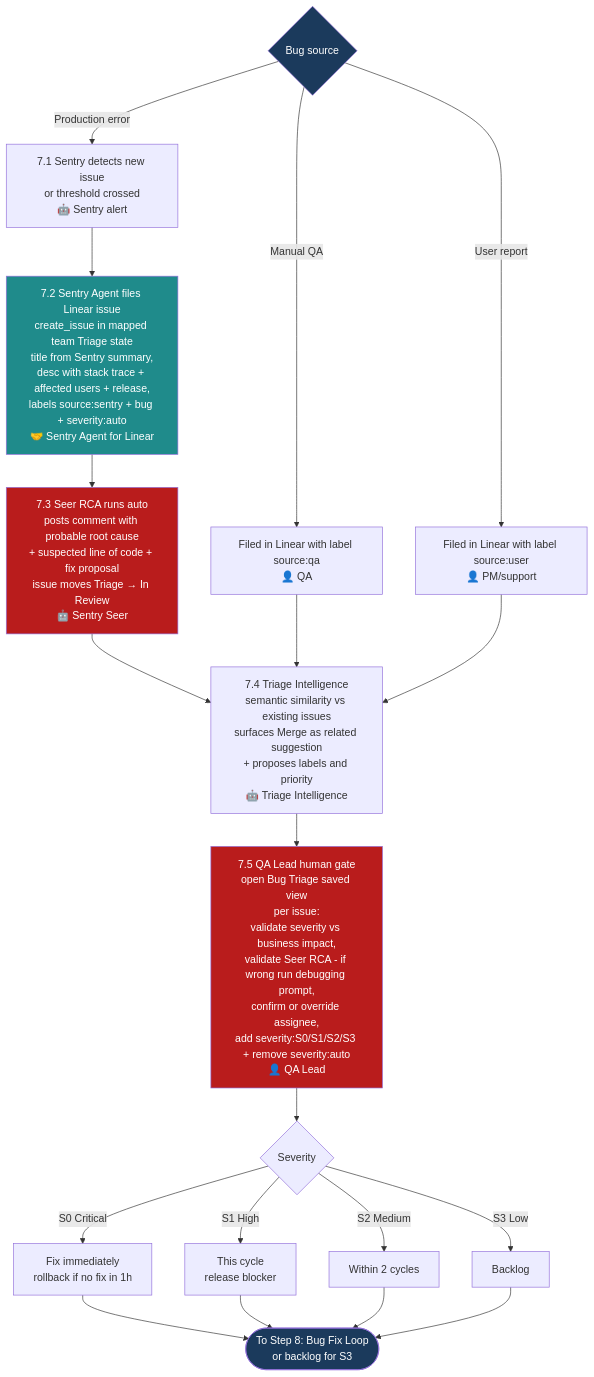
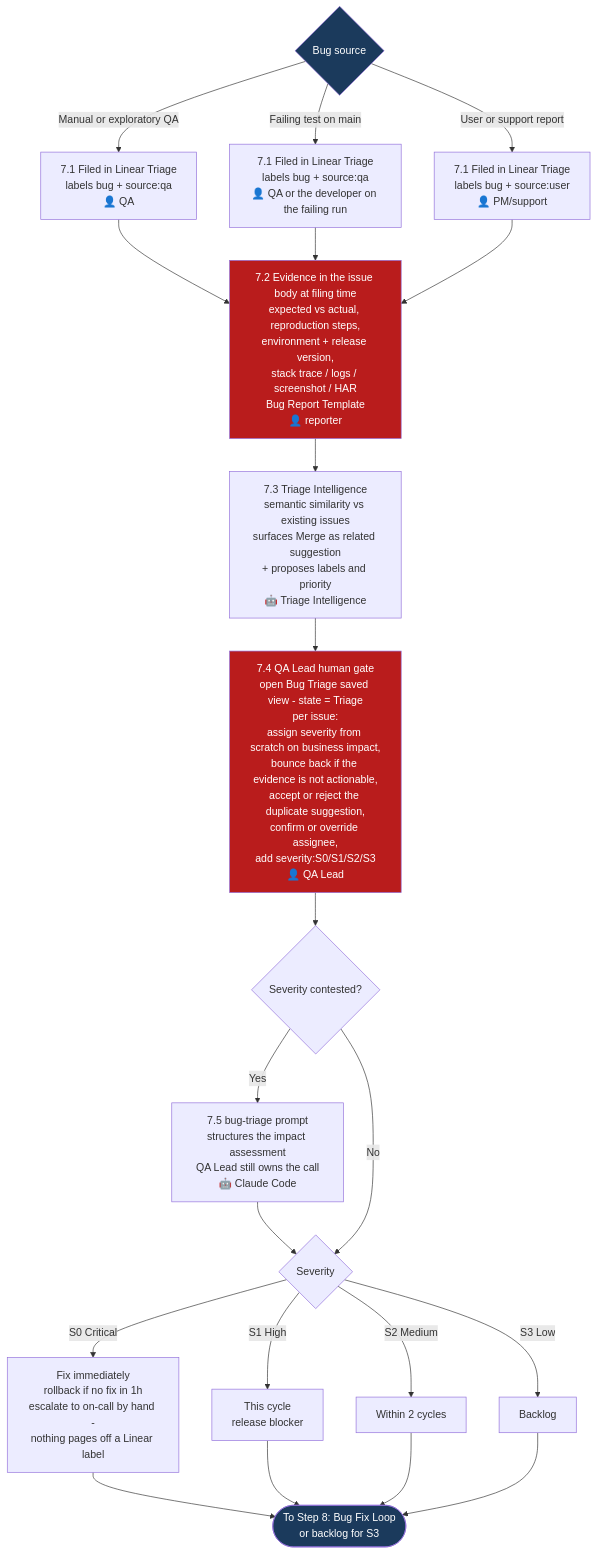
The eighth of 10 diagrams in aidlc-phases/04-testing-and-qa/FLOWCHART.md (kalpat-allion/ai-dlc), drawn with Mermaid before and after one commit. The commit also changed other lines of this file and 39 other files, not shown here.

````diff
--- a/aidlc-phases/04-testing-and-qa/FLOWCHART.md
+++ b/aidlc-phases/04-testing-and-qa/FLOWCHART.md
@@ -277,37 +268,42 @@
 ```mermaid
 flowchart TD
     B_SOURCE{Bug source}
 
-    B_SOURCE -- Production error --> B71[7.1 Sentry detects new issue<br/>or threshold crossed<br/>🤖 Sentry alert]
-    B71 --> B72[7.2 Sentry Agent files Linear issue<br/>create_issue in mapped team Triage state<br/>title from Sentry summary,<br/>desc with stack trace + affected users + release,<br/>labels source:sentry + bug + severity:auto<br/>🤝 Sentry Agent for Linear]
-    B72 --> B73[7.3 Seer RCA runs auto<br/>posts comment with probable root cause<br/>+ suspected line of code + fix proposal<br/>issue moves Triage → In Review<br/>🤖 Sentry Seer]
+    B_SOURCE -- Manual or exploratory QA --> B71A[7.1 Filed in Linear Triage<br/>labels bug + source:qa<br/>👤 QA]
+    B_SOURCE -- Failing test on main --> B71B[7.1 Filed in Linear Triage<br/>labels bug + source:qa<br/>👤 QA or the developer on the failing run]
+    B_SOURCE -- User or support report --> B71C[7.1 Filed in Linear Triage<br/>labels bug + source:user<br/>👤 PM/support]
+
+    B71A --> B72
+    B71B --> B72
+    B71C --> B72
+
+    B72[7.2 Evidence in the issue body at filing time<br/>expected vs actual, reproduction steps,<br/>environment + release version,<br/>stack trace / logs / screenshot / HAR<br/>Bug Report Template<br/>👤 reporter]
+    B72 --> B73
+
+    B73[7.3 Triage Intelligence<br/>semantic similarity vs existing issues<br/>surfaces Merge as related suggestion<br/>+ proposes labels and priority<br/>🤖 Triage Intelligence]
     B73 --> B74
 
-    B_SOURCE -- Manual QA --> B76A[Filed in Linear with label source:qa<br/>👤 QA]
-    B_SOURCE -- User report --> B76B[Filed in Linear with label source:user<br/>👤 PM/support]
-    B76A --> B74
-    B76B --> B74
+    B74[7.4 QA Lead human gate<br/>open Bug Triage saved view - state = Triage<br/>per issue:<br/>assign severity from scratch on business impact,<br/>bounce back if the evidence is not actionable,<br/>accept or reject the duplicate suggestion,<br/>confirm or override assignee,<br/>add severity:S0/S1/S2/S3<br/>👤 QA Lead]
+    B74 --> B_CONTEST
 
-    B74[7.4 Triage Intelligence<br/>semantic similarity vs existing issues<br/>surfaces Merge as related suggestion<br/>+ proposes labels and priority<br/>🤖 Triage Intelligence]
-    B74 --> B75
-
-    B75[7.5 QA Lead human gate<br/>open Bug Triage saved view<br/>per issue:<br/>validate severity vs business impact,<br/>validate Seer RCA - if wrong run debugging prompt,<br/>confirm or override assignee,<br/>add severity:S0/S1/S2/S3 + remove severity:auto<br/>👤 QA Lead]
+    B_CONTEST{Severity contested?}
+    B_CONTEST -- Yes --> B75[7.5 bug-triage prompt<br/>structures the impact assessment<br/>QA Lead still owns the call<br/>🤖 Claude Code]
     B75 --> B_DECIDE
+    B_CONTEST -- No --> B_DECIDE
 
     B_DECIDE{Severity}
-    B_DECIDE -- S0 Critical --> B_S0[Fix immediately<br/>rollback if no fix in 1h]
+    B_DECIDE -- S0 Critical --> B_S0[Fix immediately<br/>rollback if no fix in 1h<br/>escalate to on-call by hand -<br/>nothing pages off a Linear label]
     B_DECIDE -- S1 High --> B_S1[This cycle<br/>release blocker]
     B_DECIDE -- S2 Medium --> B_S2[Within 2 cycles]
     B_DECIDE -- S3 Low --> B_S3[Backlog]
 
     B_S0 --> B_OUT
     B_S1 --> B_OUT
     B_S2 --> B_OUT([To Step 8: Bug Fix Loop<br/>or backlog for S3])
     B_S3 --> B_OUT
 
     style B_SOURCE fill:#1B3A5C,color:#fff
     style B_OUT fill:#1B3A5C,color:#fff
-    style B72 fill:#1F8B8B,color:#fff
-    style B73 fill:#B91C1C,color:#fff
-    style B75 fill:#B91C1C,color:#fff
+    style B72 fill:#B91C1C,color:#fff
+    style B74 fill:#B91C1C,color:#fff
 ```
````
